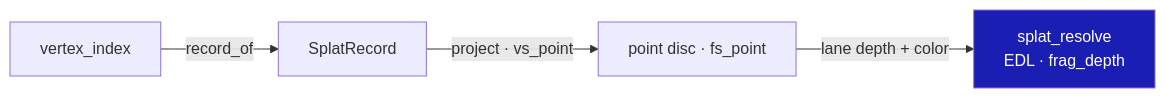
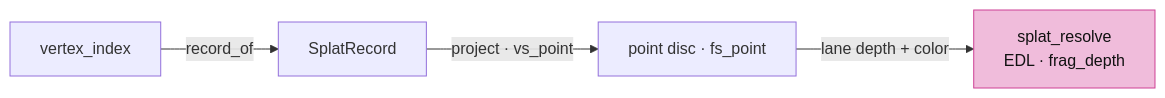
Before and after one commit to petrasvestartas/session: the fifth of 6 diagrams in session_viewer/docs/04d-clouds.md, drawn with Mermaid. The commit also changed other lines of this file and 23 other files, not shown here.

Commit message:
Course: Mermaid nodes white with black text, highlighted nodes pink, white arrows and edge labels on the black ground

````diff
--- a/session_viewer/docs/04d-clouds.md
+++ b/session_viewer/docs/04d-clouds.md
@@ -122,7 +122,7 @@
 ```mermaid
 flowchart LR
     V["vertex_index"] -- "record_of" --> R["SplatRecord"]
     R -- "project · vs_point" --> P["point disc · fs_point"]
     P -- "lane depth + color" --> S["splat_resolve<br/>EDL · frag_depth"]
-    style S fill:#1a1eb2,color:#fff
+    style S fill:#f0bcdb,stroke:#ce4095,color:#111
 ```
````
